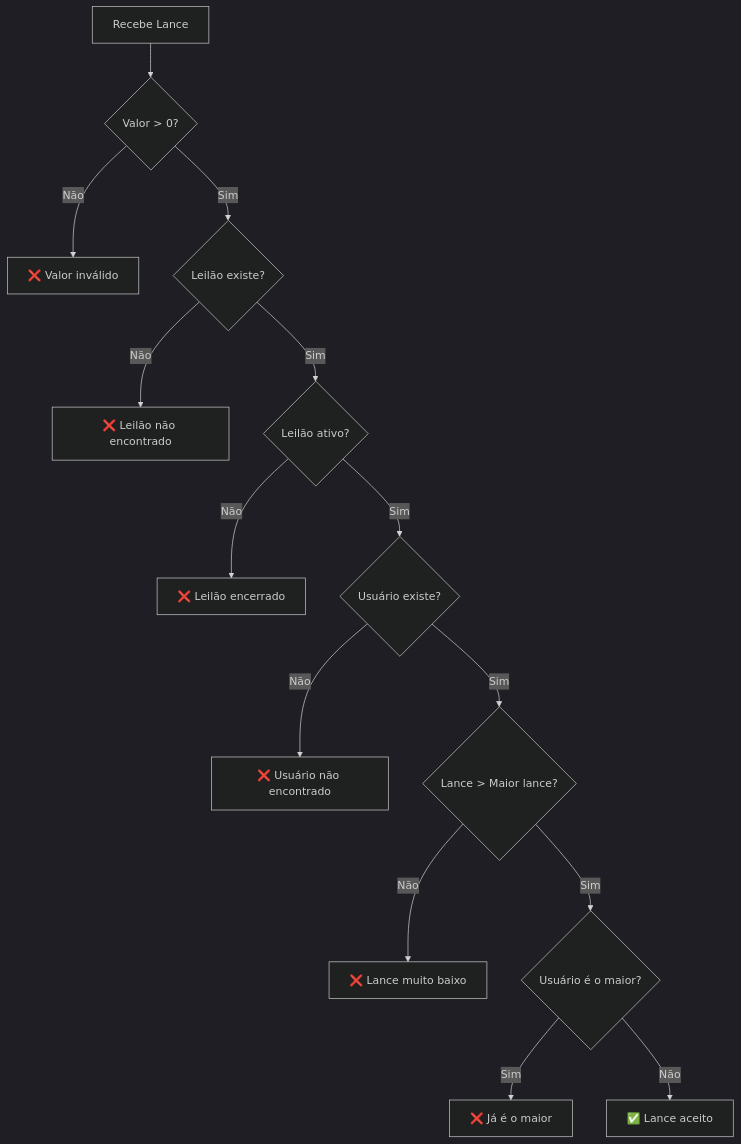
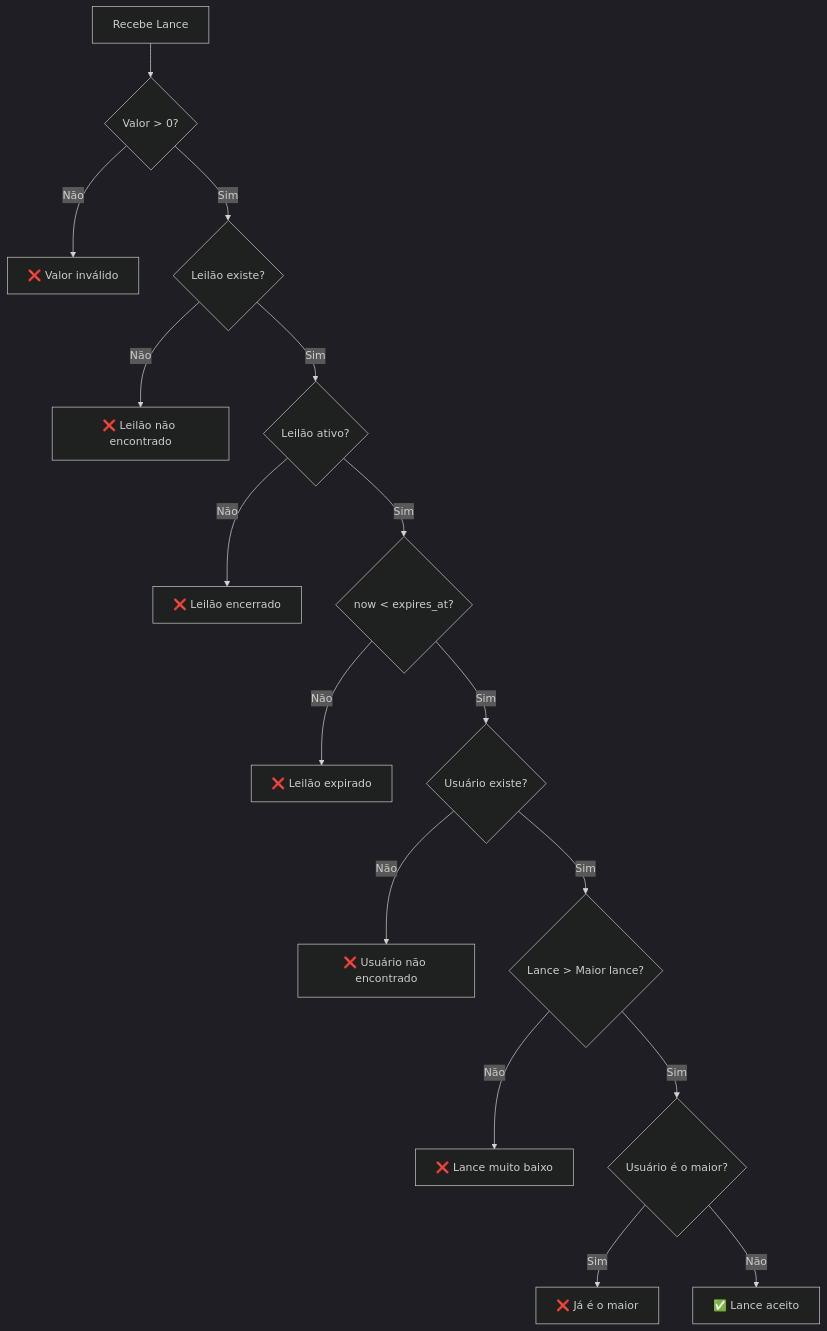
One commit to markuscandido/go-expert-desafio-concorrencia-com-golang-leilao changed the diagram in doc/BUSINESS_RULES.md. Above: the diagram before and after it, drawn with Mermaid (dark theme). The commit also changed other lines of this file and 7 other files, not shown here.

````diff
--- a/doc/BUSINESS_RULES.md
+++ b/doc/BUSINESS_RULES.md
@@ -53,16 +148,18 @@
 ```mermaid
 flowchart TD
     A[Recebe Lance] --> B{Valor > 0?}
     B -->|Não| B1[❌ Valor inválido]
     B -->|Sim| C{Leilão existe?}
     C -->|Não| C1[❌ Leilão não encontrado]
     C -->|Sim| D{Leilão ativo?}
     D -->|Não| D1[❌ Leilão encerrado]
-    D -->|Sim| E{Usuário existe?}
+    D -->|Sim| D2{now < expires_at?}
+    D2 -->|Não| D3[❌ Leilão expirado]
+    D2 -->|Sim| E{Usuário existe?}
     E -->|Não| E1[❌ Usuário não encontrado]
     E -->|Sim| F{Lance > Maior lance?}
     F -->|Não| F1[❌ Lance muito baixo]
     F -->|Sim| G{Usuário é o maior?}
     G -->|Sim| G1[❌ Já é o maior]
     G -->|Não| H[✅ Lance aceito]
 ```
````
